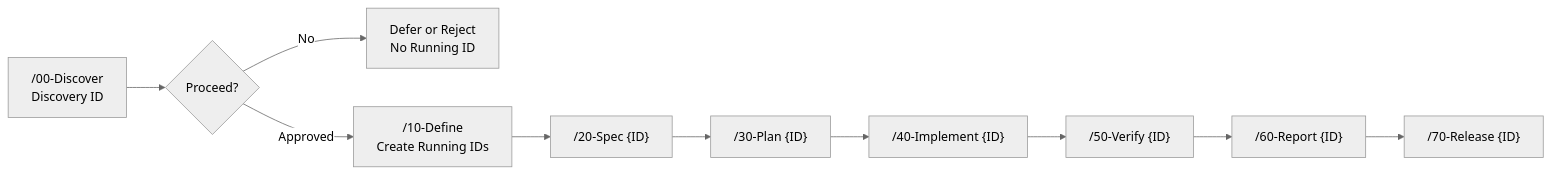
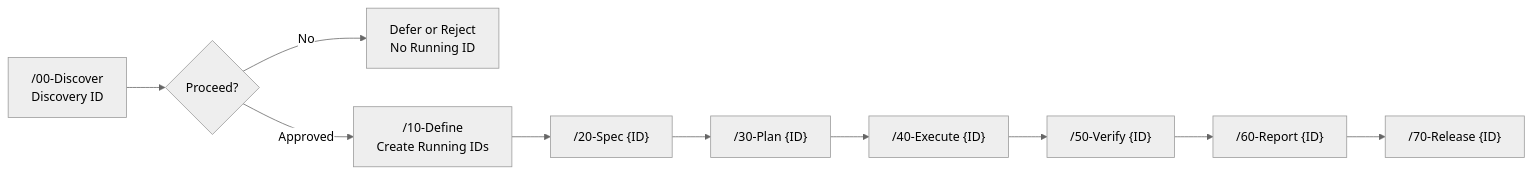
The first of 5 diagrams in docs/USAGE.md (Jakkrich/nexus-devflow), drawn with Mermaid (neutral theme) before and after one commit. The commit also changed other lines of this file and 120 other files, not shown here.

Commit message:
feat: release v2.0.15 with dual-track architecture, separate feature/fix skills, 40-execute rename, idea inbox and full documentation website

````diff
--- a/docs/USAGE.md
+++ b/docs/USAGE.md
@@ -139,7 +139,7 @@
 ```mermaid
 flowchart LR
     D00["/00-Discover<br/>Discovery ID"] --> G{"Proceed?"}
     G -->|No| E["Defer or Reject<br/>No Running ID"]
     G -->|Approved| D10["/10-Define<br/>Create Running IDs"]
-    D10 --> D20["/20-Spec {ID}"] --> D30["/30-Plan {ID}"] --> D40["/40-Implement {ID}"] --> D50["/50-Verify {ID}"] --> D60["/60-Report {ID}"] --> D70["/70-Release {ID}"]
+    D10 --> D20["/20-Spec {ID}"] --> D30["/30-Plan {ID}"] --> D40["/40-Execute {ID}"] --> D50["/50-Verify {ID}"] --> D60["/60-Report {ID}"] --> D70["/70-Release {ID}"]
 ```
````
